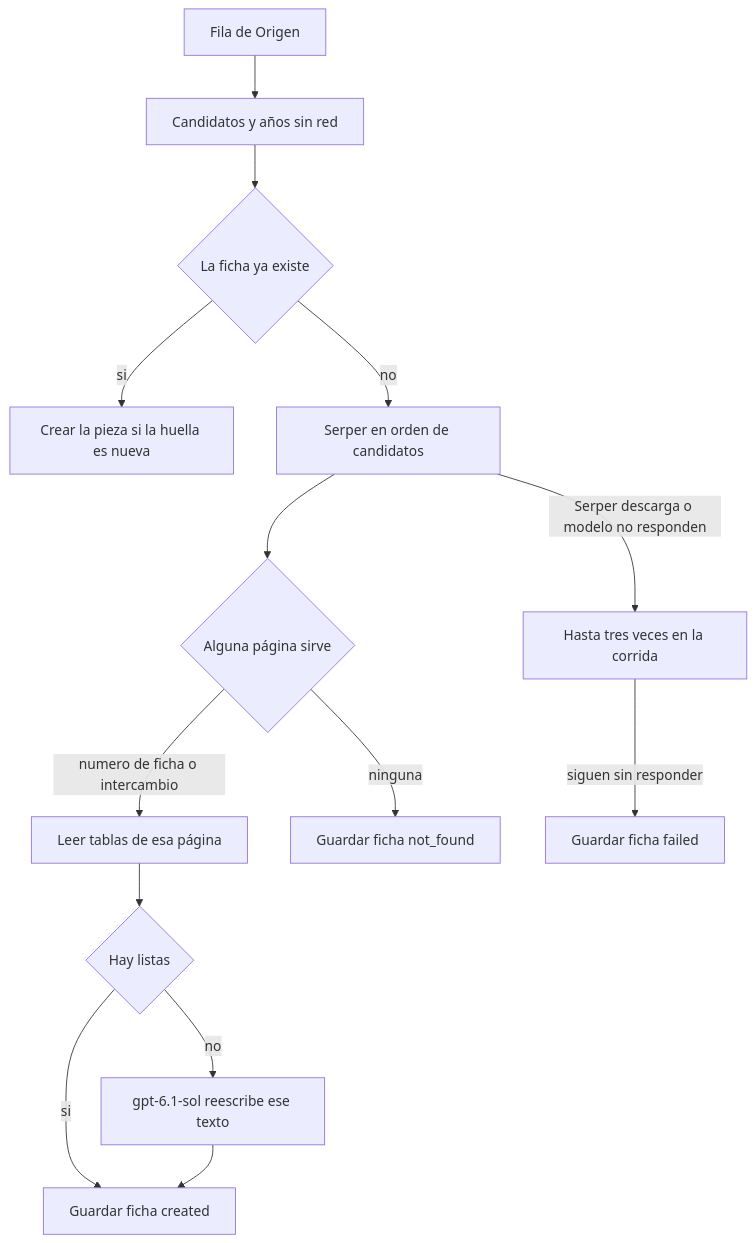
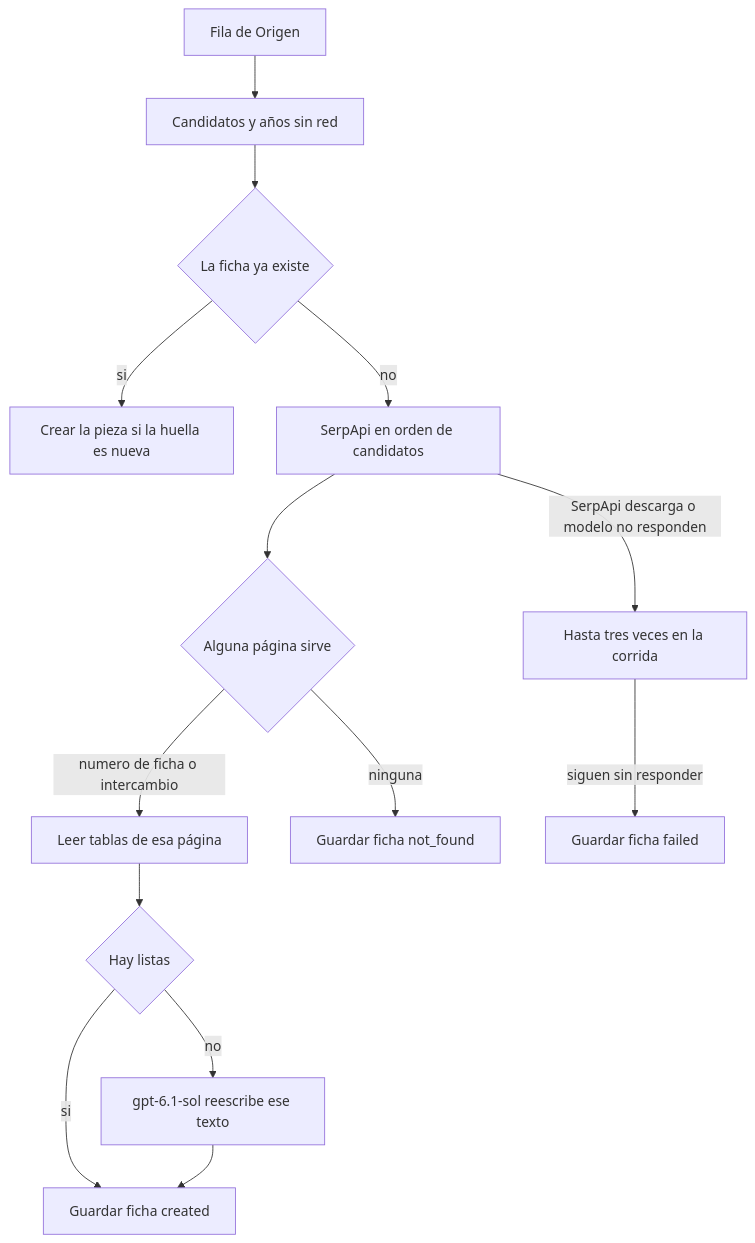
One commit to MrCesar107/bonaparte-test-app changed the diagram in docs/busqueda-de-similes.md. Above: the diagram before and after it, drawn with Mermaid. The commit also changed other lines of this file and 7 other files, not shown here.

````diff
--- a/docs/busqueda-de-similes.md
+++ b/docs/busqueda-de-similes.md
@@ -9,16 +9,16 @@
 ```mermaid
 flowchart TD
   row[Fila de Origen] --> local[Candidatos y años sin red]
   local --> saved{La ficha ya existe}
   saved -->|si| part[Crear la pieza si la huella es nueva]
-  saved -->|no| search[Serper en orden de candidatos]
+  saved -->|no| search[SerpApi en orden de candidatos]
   search --> page{Alguna página sirve}
   page -->|numero de ficha o intercambio| read[Leer tablas de esa página]
   read --> lists{Hay listas}
   lists -->|si| store[Guardar ficha created]
   lists -->|no| model[gpt-6.1-sol reescribe ese texto]
   model --> store
   page -->|ninguna| missing[Guardar ficha not_found]
-  search -->|Serper descarga o modelo no responden| retry[Hasta tres veces en la corrida]
+  search -->|SerpApi descarga o modelo no responden| retry[Hasta tres veces en la corrida]
   retry -->|siguen sin responder| failed[Guardar ficha failed]
 ```
````
